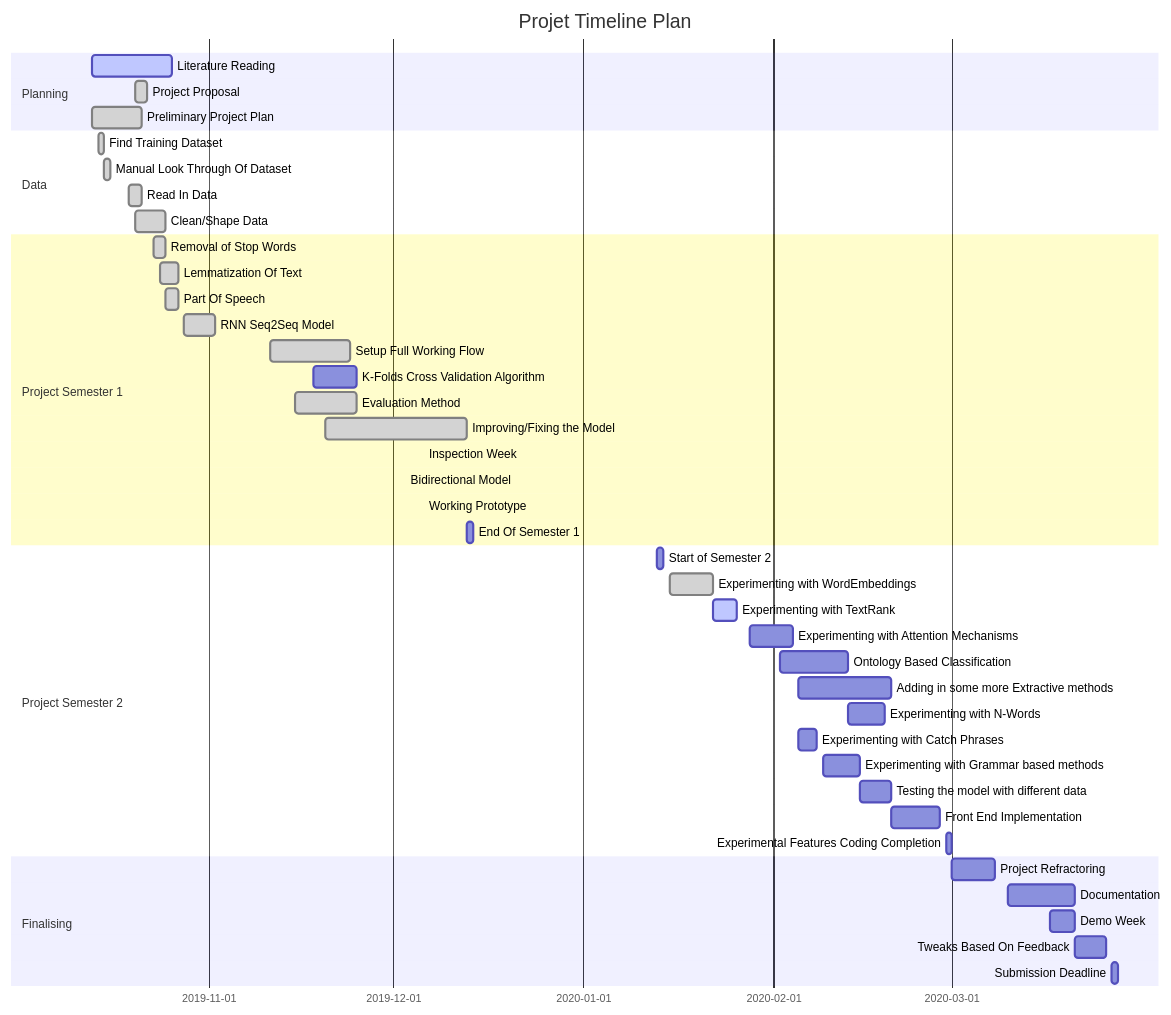
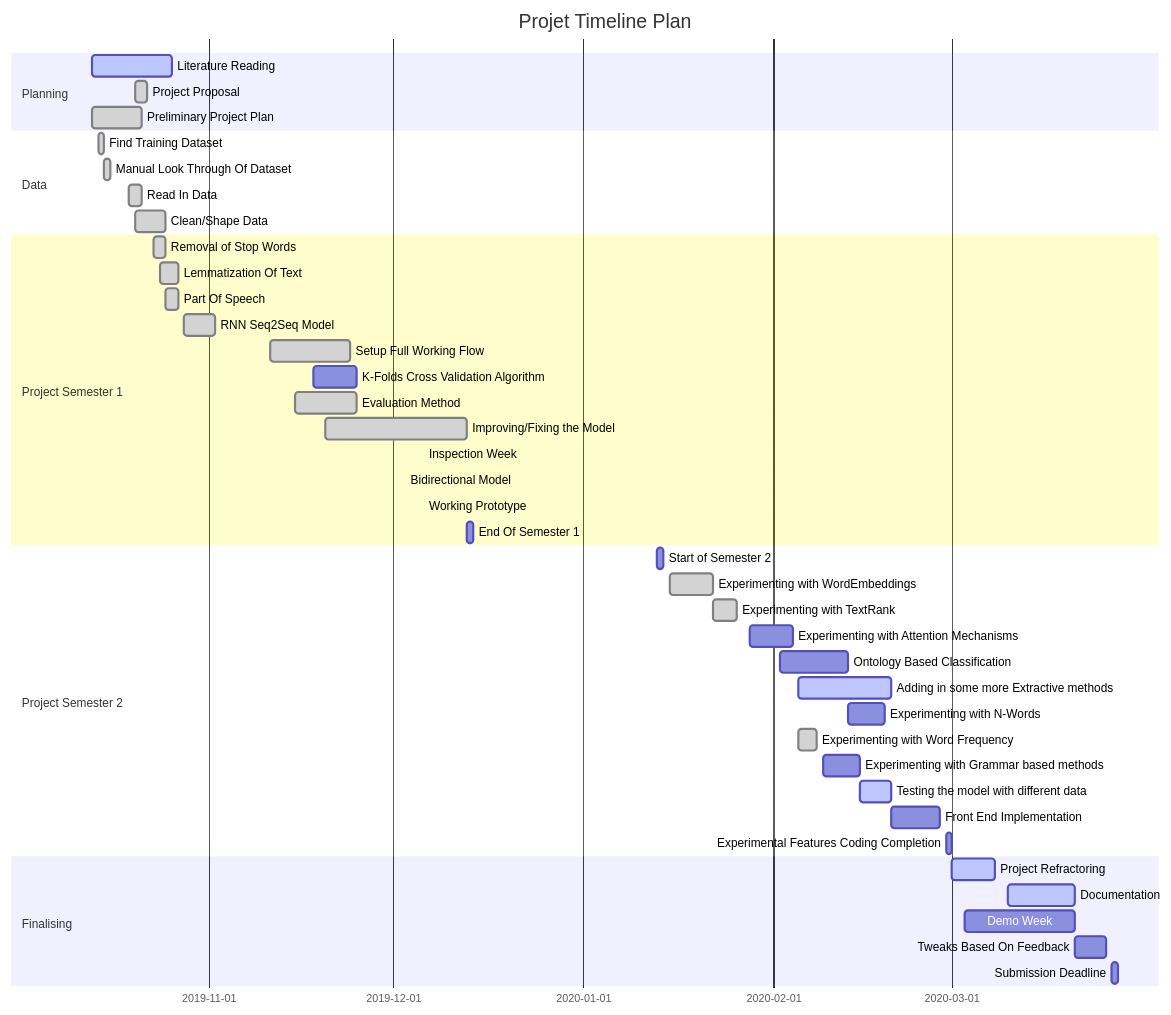
One commit to bmistry12/text-summarisation changed the first of 2 diagrams in README.md. Above: the diagram before and after it, drawn with Mermaid. The commit also changed other lines of this file and 5 other files, not shown here.

Commit message:
moved extractive methods to extractive.py, fixed zero divide error in word_freq

````diff
--- a/README.md
+++ b/README.md
@@ -34,52 +38,52 @@
 ```mermaid
 gantt
 dateFormat  YYYY-MM-DD
 title Projet Timeline Plan
 
 
 section Planning
 Literature Reading                      :active,  des1, 2019-10-13, 2019-10-26
 Project Proposal                        :done,    des1, 2019-10-20, 2019-10-22
 Preliminary Project Plan                :done,    des1, 2019-10-13, 2019-10-21
 
 section Data                  
 Find Training Dataset                   :done,    des1, 2019-10-14, 2019-10-15
 Manual Look Through Of Dataset          :done,    des1, 2019-10-15, 2019-10-16
 Read In Data                            :done,    des1, 2019-10-19, 2019-10-21
 Clean/Shape Data                        :done,   des1, 2019-10-20, 2019-10-25
 
 section Project Semester 1
 Removal of Stop Words                   :done,    des1, 2019-10-23, 2019-10-25
 Lemmatization Of Text                   :done,    des1, 2019-10-24, 2019-10-27
 Part Of Speech                          :done,    des1, 2019-10-25, 2019-10-27
 RNN Seq2Seq Model                       :done,    des1, 2019-10-28, 2019-11-02
 Setup Full Working Flow                 :done,    des1, 2019-11-11, 2019-11-24
 K-Folds Cross Validation Algorithm      :         des1, 2019-11-18, 2019-11-25
 Evaluation Method                       :done,    des1, 2019-11-15, 2019-11-25
 Improving/Fixing the Model              :done,    des1, 2019-11-20, 2019-12-13
 Inspection Week                         :done,    des1, 2019-12-13, 2019-12-06
 Bidirectional Model                     :done,    des1, 2019-12-08, 2019-12-03
 Working Prototype                       :done,    des1, 2019-12-13, 2019-12-06
 End Of Semester 1                       :         des1, 2019-12-13, 1d
 
 section Project Semester 2
 Start of Semester 2                     :         des1, 2020-01-13, 1d
 Experimenting with WordEmbeddings       :done,    des1, 2020-01-15, 2020-01-22
-Experimenting with TextRank             :active,    des1, 2020-01-22, 2020-01-26
+Experimenting with TextRank             :done,    des1, 2020-01-22, 2020-01-26
 Experimenting with Attention Mechanisms :         des1, 2020-01-28, 2020-02-04
 Ontology Based Classification           :         des1, 2020-02-02, 2020-02-13
-Adding in some more Extractive methods  :         des1, 2020-02-05, 2020-02-20
+Adding in some more Extractive methods  :active,  des1, 2020-02-05, 2020-02-20
 Experimenting with N-Words              :         des1, 2020-02-13, 2020-02-19
-Experimenting with Catch Phrases        :         des1, 2020-02-05, 2020-02-08
+Experimenting with Word Frequency        :done,         des1, 2020-02-05, 2020-02-08
 Experimenting with Grammar based methods:         des1, 2020-02-09, 2020-02-15
-Testing the model with different data   :         des1, 2020-02-15, 2020-02-20 
+Testing the model with different data   :active,  des1, 2020-02-15, 2020-02-20 
 Front End Implementation                :         des1, 2020-02-20, 2020-02-28
 Experimental Features Coding Completion :         des1, 2020-02-29, 1d
 
 Section Finalising
-Project Refractoring                    :         des1, 2020-03-01, 2020-03-08
-Documentation                           :         des1, 2020-03-10, 2020-03-21
-Demo Week                               :         des1, 2020-03-17, 2020-03-21
+Project Refractoring                    :active,  des1, 2020-03-01, 2020-03-08
+Documentation                           :active,  des1, 2020-03-10, 2020-03-21
+Demo Week                               :         des1, 2020-03-03, 2020-03-21
 Tweaks Based On Feedback                :         des1, 2020-03-21, 2020-03-26
 Submission Deadline                     :         des1, 2020-03-27, 1d
 ```
````
